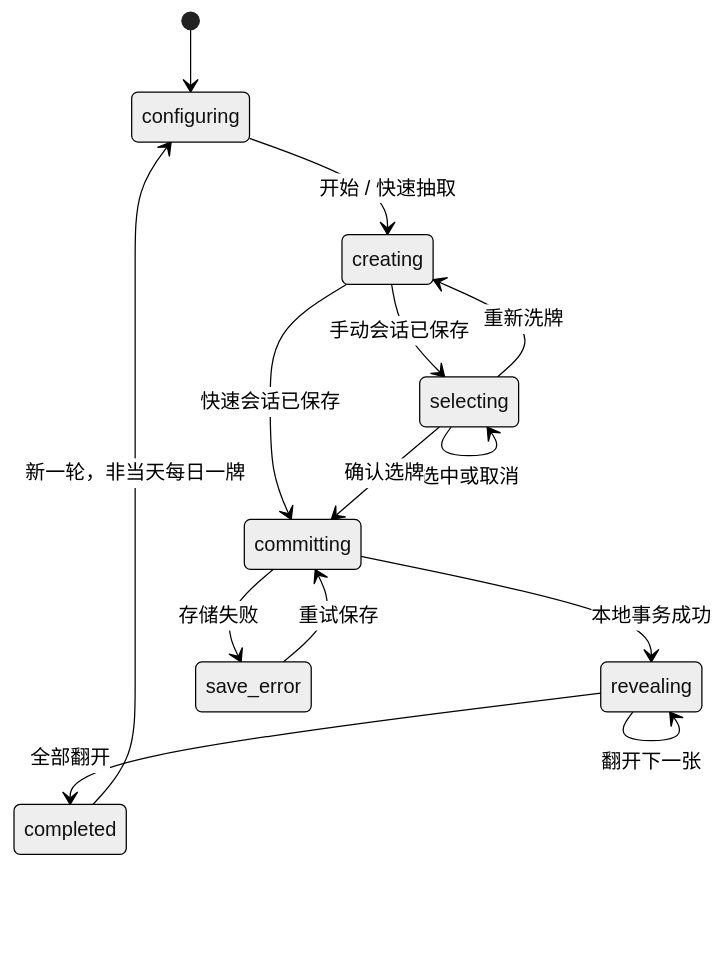
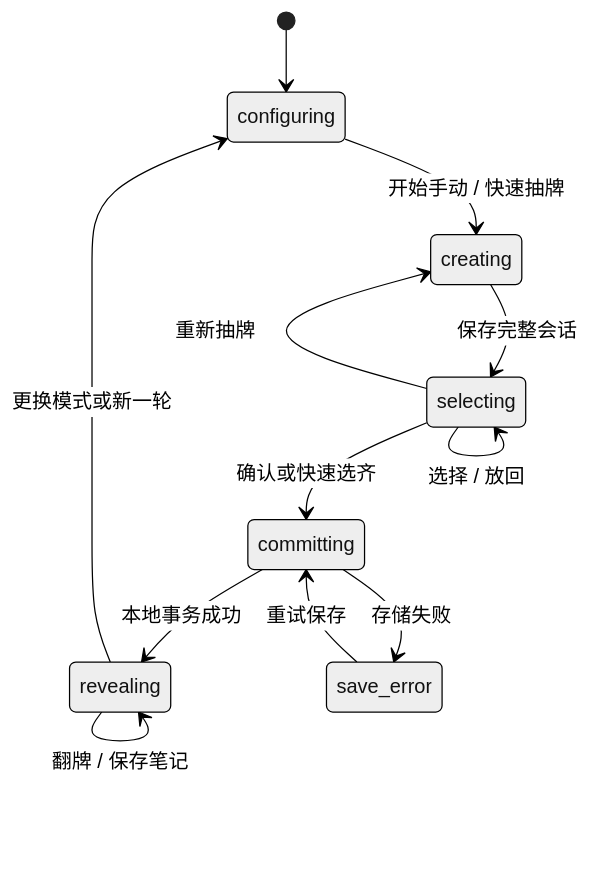
The second of 2 diagrams in docs/02-architecture.md (sakura-chh/Tarot), drawn with Mermaid (neutral theme) before and after one commit. The commit also changed other lines of this file and 59 other files, not shown here.

````diff
--- a/docs/02-architecture.md
+++ b/docs/02-architecture.md
@@ -83,16 +54,14 @@
 ```mermaid
 stateDiagram-v2
     [*] --> configuring
-    configuring --> creating: 开始 / 快速抽取
-    creating --> selecting: 手动会话已保存
-    creating --> committing: 快速会话已保存
-    selecting --> selecting: 选中或取消
-    selecting --> creating: 重新洗牌
-    selecting --> committing: 确认选牌
+    configuring --> creating: 开始手动 / 快速抽牌
+    creating --> selecting: 保存完整会话
+    selecting --> selecting: 选择 / 放回
+    selecting --> creating: 重新抽牌
+    selecting --> committing: 确认或快速选齐
     committing --> revealing: 本地事务成功
     committing --> save_error: 存储失败
     save_error --> committing: 重试保存
-    revealing --> revealing: 翻开下一张
-    revealing --> completed: 全部翻开
-    completed --> configuring: 新一轮，非当天每日一牌
+    revealing --> revealing: 翻牌 / 保存笔记
+    revealing --> configuring: 更换模式或新一轮
 ```
````
